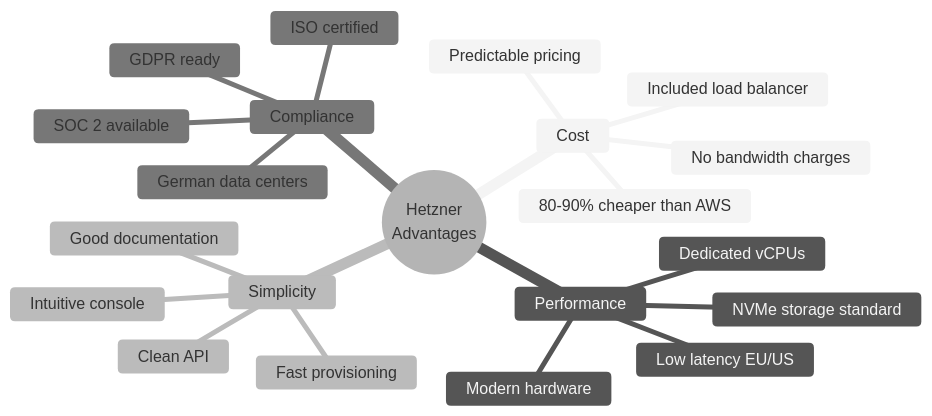
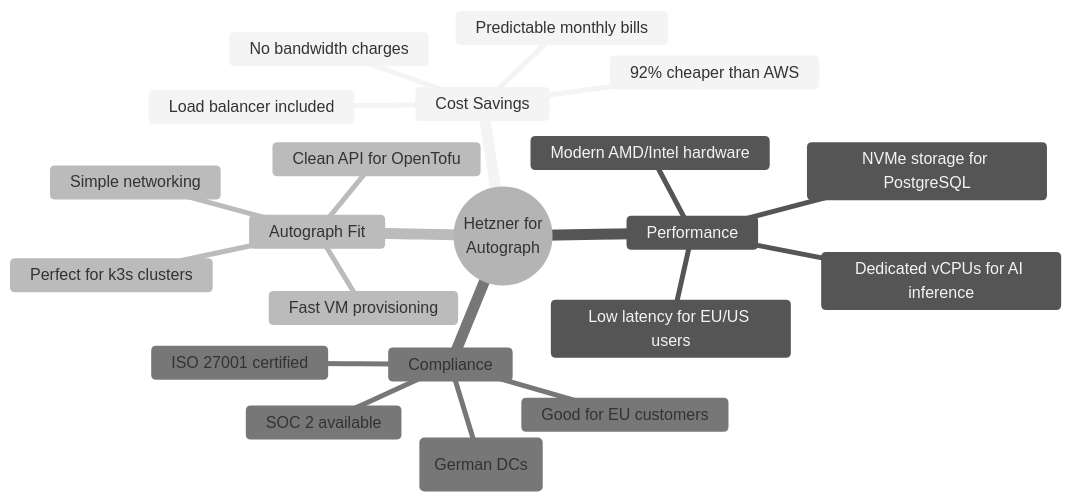
The third of 7 diagrams in DevOps/03-Platform/01-Cloud-Platforms.md (PearlThoughtsInternship/Internship-Obsidian-Vault), drawn with Mermaid (neutral theme) before and after one commit. The commit also changed other lines of this file and 4 other files, not shown here.

````diff
--- a/DevOps/03-Platform/01-Cloud-Platforms.md
+++ b/DevOps/03-Platform/01-Cloud-Platforms.md
@@ -35,24 +77,24 @@
 ```mermaid
 mindmap
-  root((Hetzner<br/>Advantages))
-    Cost
-      80-90% cheaper than AWS
-      Predictable pricing
+  root((Hetzner for<br/>Autograph))
+    Cost Savings
+      92% cheaper than AWS
+      Predictable monthly bills
       No bandwidth charges
-      Included load balancer
+      Load balancer included
     Performance
-      NVMe storage standard
-      Dedicated vCPUs
-      Low latency EU/US
-      Modern hardware
-    Simplicity
-      Clean API
-      Intuitive console
-      Fast provisioning
-      Good documentation
+      NVMe storage for PostgreSQL
+      Dedicated vCPUs for AI inference
+      Low latency for EU/US users
+      Modern AMD/Intel hardware
+    Autograph Fit
+      Perfect for k3s clusters
+      Clean API for OpenTofu
+      Fast VM provisioning
+      Simple networking
     Compliance
-      GDPR ready
-      German data centers
-      ISO certified
+      GDPR ready (German DCs)
+      ISO 27001 certified
       SOC 2 available
+      Good for EU customers
 ```
````
